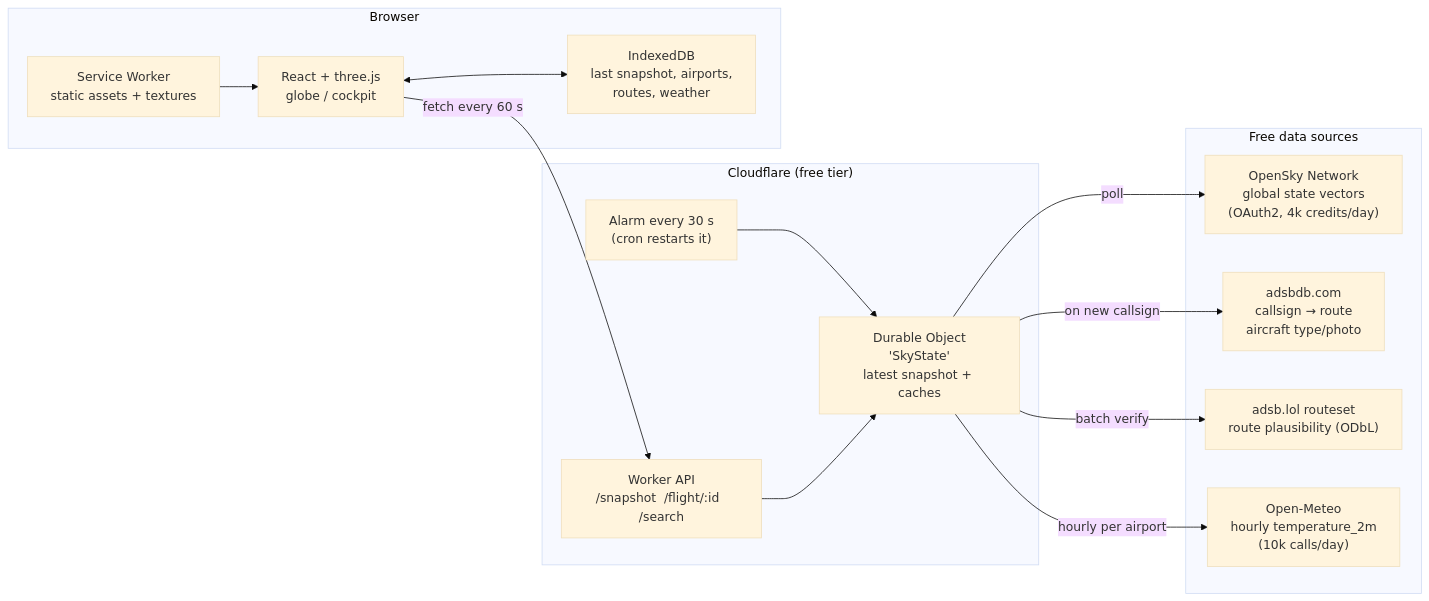
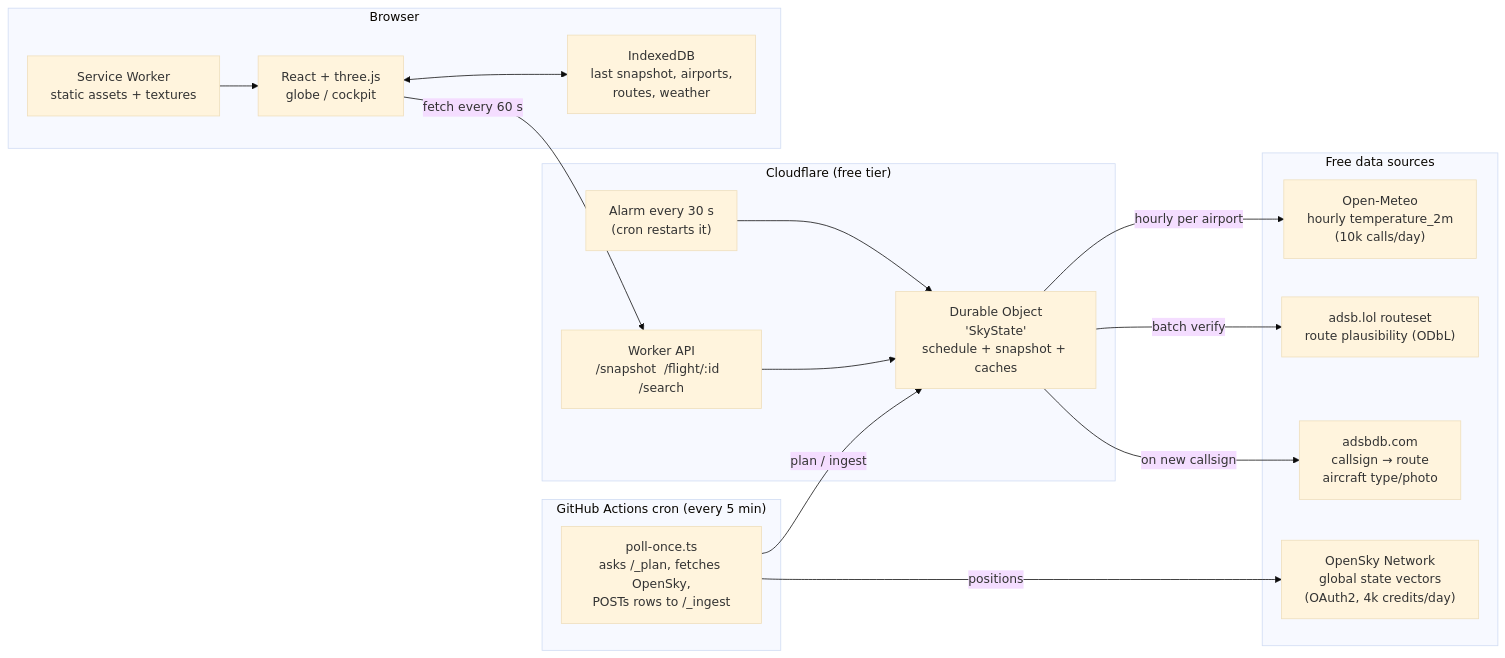
One commit to brandonIsTall/flightflux changed the first of 5 diagrams in docs/PLAN.md. Above: the diagram before and after it, drawn with Mermaid (base theme). The commit also changed other lines of this file and 16 other files, not shown here.

````diff
--- a/docs/PLAN.md
+++ b/docs/PLAN.md
@@ -38,31 +38,36 @@
 ```mermaid
 flowchart LR
   subgraph Sources["Free data sources"]
     OS["OpenSky Network<br/>global state vectors<br/>(OAuth2, 4k credits/day)"]
     DB["adsbdb.com<br/>callsign → route<br/>aircraft type/photo"]
     LOL["adsb.lol routeset<br/>route plausibility (ODbL)"]
     OM["Open-Meteo<br/>hourly temperature_2m<br/>(10k calls/day)"]
   end
 
+  subgraph Poller["GitHub Actions cron (every 5 min)"]
+    GH["poll-once.ts<br/>asks /_plan, fetches OpenSky,<br/>POSTs rows to /_ingest"]
+  end
+
   subgraph Edge["Cloudflare (free tier)"]
     CRON["Alarm every 30 s<br/>(cron restarts it)"]
-    DO["Durable Object<br/>'SkyState'<br/>latest snapshot + caches"]
+    DO["Durable Object<br/>'SkyState'<br/>schedule + snapshot + caches"]
     API["Worker API<br/>/snapshot  /flight/:id  /search"]
   end
 
   subgraph Client["Browser"]
     SW["Service Worker<br/>static assets + textures"]
     IDB["IndexedDB<br/>last snapshot, airports,<br/>routes, weather"]
     APP["React + three.js<br/>globe / cockpit"]
   end
 
   CRON --> DO
-  DO -- poll --> OS
+  GH -- positions --> OS
+  GH -- plan / ingest --> DO
   DO -- on new callsign --> DB
   DO -- batch verify --> LOL
   DO -- hourly per airport --> OM
   API --> DO
   APP -- fetch every 60 s --> API
   APP <--> IDB
   SW --> APP
 ```
````
